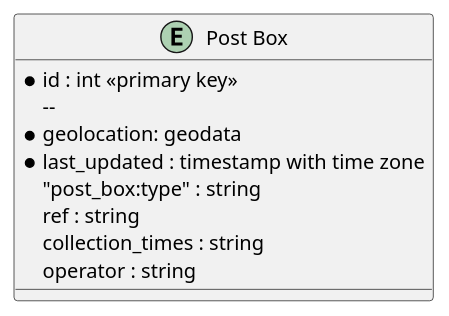
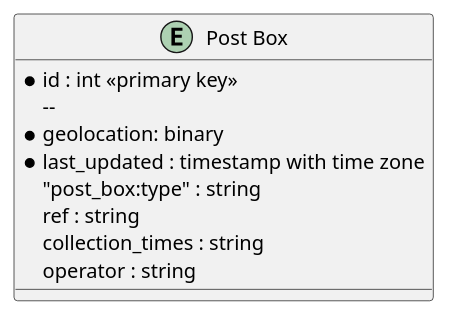
The diagram in assets/postbox0.iuml (SK53/plantuml_test), drawn with PlantUML before and after one commit.

Commit message:
change type

```diff
--- a/assets/postbox0.iuml
+++ b/assets/postbox0.iuml
@@ -1,16 +1,16 @@
 @startuml
 
 
 entity "Post Box" as amenity=post_box {
 
   *id : int <<primary key>>
   --
-  * geolocation: geodata
+  * geolocation: binary
   *last_updated : timestamp with time zone
   "post_box:type" : string
   ref : string
   collection_times : string
   operator : string
 }
 
 @enduml
```
